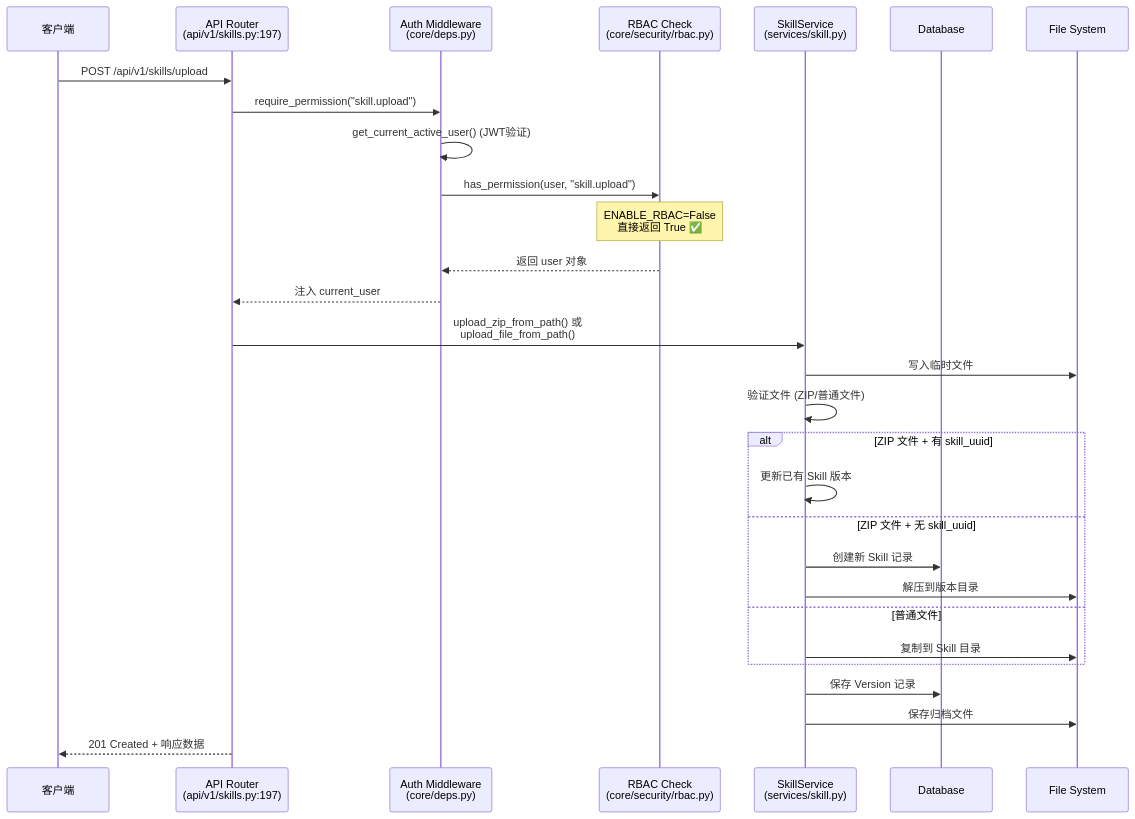
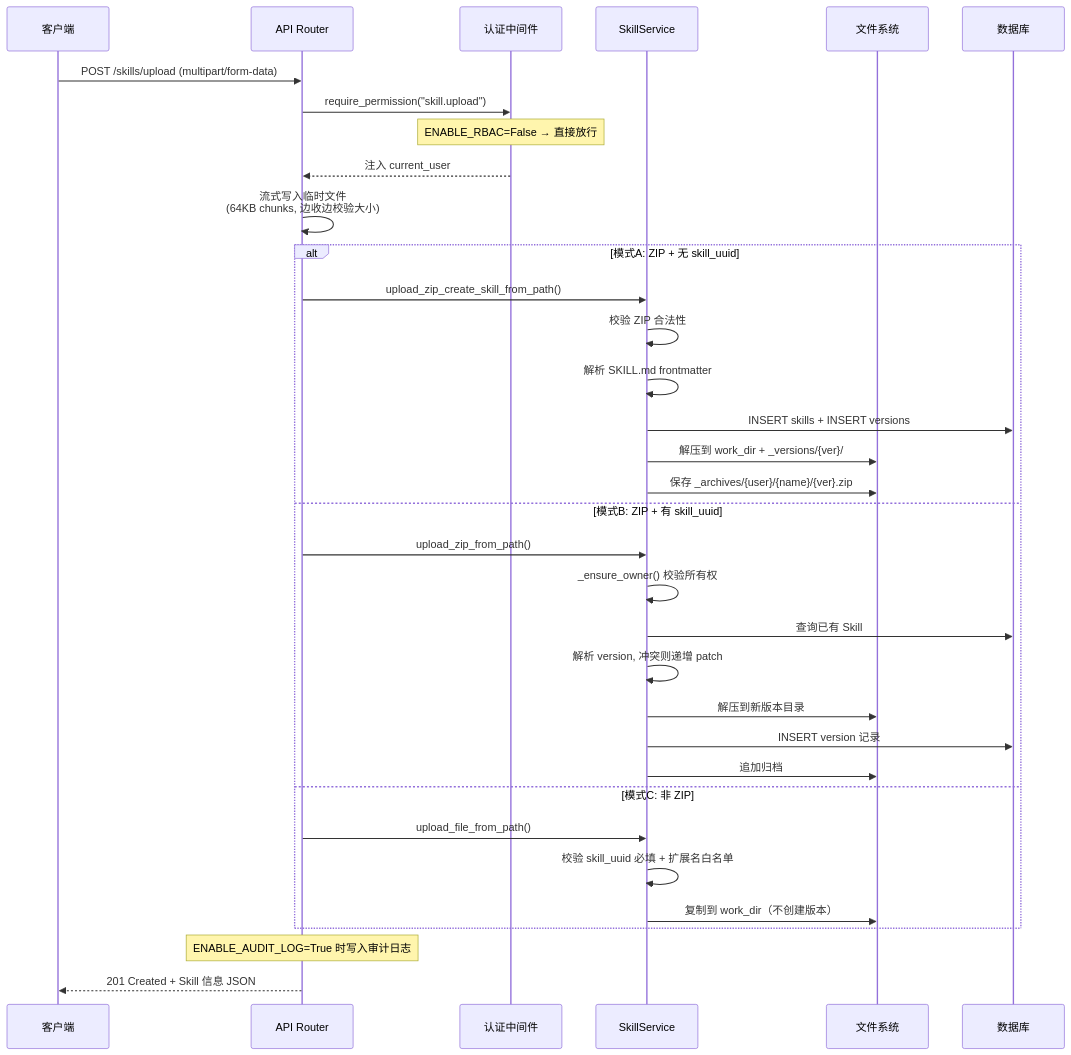
Before and after one commit to jiabai/open-skillhub: the second of 2 diagrams in technical-analysis-docs/skill-upload-flow-without-rbac.md, drawn with Mermaid. The commit also changed other lines of this file and 16 other files, not shown here.

````diff
--- a/technical-analysis-docs/skill-upload-flow-without-rbac.md
+++ b/technical-analysis-docs/skill-upload-flow-without-rbac.md
@@ -7,37 +115,40 @@
 ```mermaid
 sequenceDiagram
     participant C as 客户端
-    participant R as API Router<br/>(api/v1/skills.py:197)
-    participant D as Auth Middleware<br/>(core/deps.py)
-    participant RB as RBAC Check<br/>(core/security/rbac.py)
-    participant S as SkillService<br/>(services/skill.py)
-    participant DB as Database
-    participant FS as File System
+    participant R as API Router
+    participant M as 认证中间件
+    participant S as SkillService
+    participant FS as 文件系统
+    participant DB as 数据库
 
-    C->>R: POST /api/v1/skills/upload
-    R->>D: require_permission("skill.upload")
-    D->>D: get_current_active_user() (JWT验证)
-    D->>RB: has_permission(user, "skill.upload")
-    
-    Note over RB: ENABLE_RBAC=False<br/>直接返回 True ✅
-    
-    RB-->>D: 返回 user 对象
-    D-->>R: 注入 current_user
-    
-    R->>S: upload_zip_from_path() 或<br/>upload_file_from_path()
-    S->>FS: 写入临时文件
-    S->>S: 验证文件 (ZIP/普通文件)
-    
-    alt ZIP 文件 + 有 skill_uuid
-        S->>S: 更新已有 Skill 版本
-    else ZIP 文件 + 无 skill_uuid
-        S->>DB: 创建新 Skill 记录
-        S->>FS: 解压到版本目录
-    else 普通文件
-        S->>FS: 复制到 Skill 目录
+    C->>R: POST /skills/upload (multipart/form-data)
+    R->>M: require_permission("skill.upload")
+    Note over M: ENABLE_RBAC=False → 直接放行
+    M-->>R: 注入 current_user
+
+    R->>R: 流式写入临时文件<br/>(64KB chunks, 边收边校验大小)
+
+    alt 模式A: ZIP + 无 skill_uuid
+        R->>S: upload_zip_create_skill_from_path()
+        S->>S: 校验 ZIP 合法性
+        S->>S: 解析 SKILL.md frontmatter
+        S->>DB: INSERT skills + INSERT versions
+        S->>FS: 解压到 work_dir + _versions/{ver}/
+        S->>FS: 保存 _archives/{user}/{name}/{ver}.zip
+    else 模式B: ZIP + 有 skill_uuid
+        R->>S: upload_zip_from_path()
+        S->>S: _ensure_owner() 校验所有权
+        S->>DB: 查询已有 Skill
+        S->>S: 解析 version, 冲突则递增 patch
+        S->>FS: 解压到新版本目录
+        S->>DB: INSERT version 记录
+        S->>FS: 追加归档
+    else 模式C: 非 ZIP
+        R->>S: upload_file_from_path()
+        S->>S: 校验 skill_uuid 必填 + 扩展名白名单
+        S->>FS: 复制到 work_dir（不创建版本）
     end
-    
-    S->>DB: 保存 Version 记录
-    S->>FS: 保存归档文件
-    R-->>C: 201 Created + 响应数据
+
+    Note over R: ENABLE_AUDIT_LOG=True 时写入审计日志
+    R-->>C: 201 Created + Skill 信息 JSON
 ```
````
